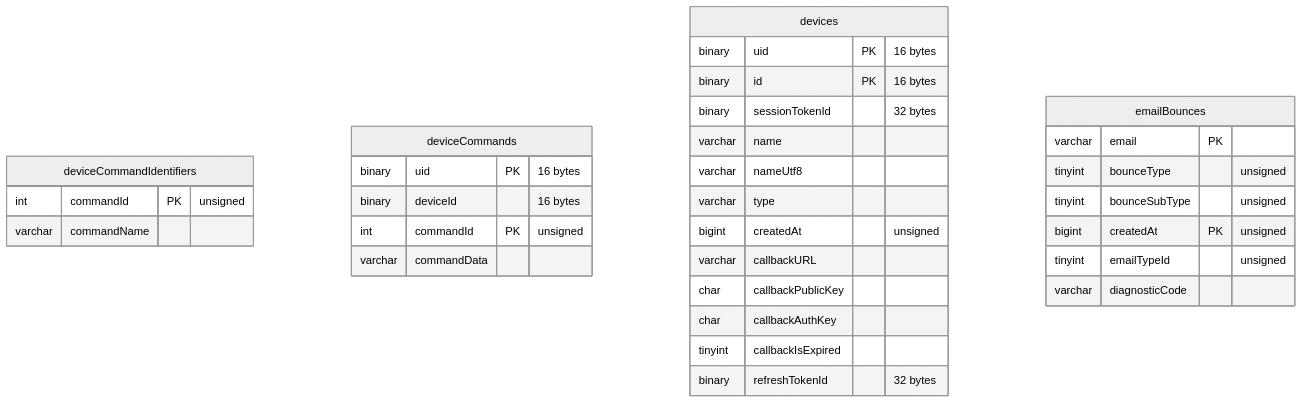
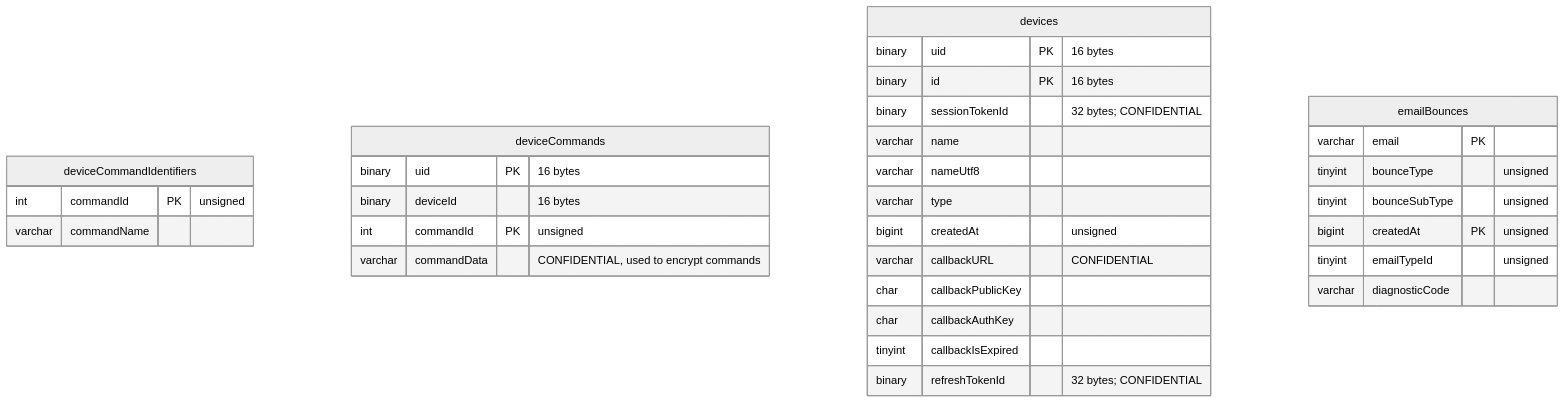
The second of 10 diagrams in docs/reference/database-structure.md (mozilla/ecosystem-platform), drawn with Mermaid (neutral theme) before and after one commit. The commit also changed other lines of this file, not shown here.

````diff
--- a/docs/reference/database-structure.md
+++ b/docs/reference/database-structure.md
@@ -66,35 +66,35 @@
 ```mermaid
 erDiagram
     deviceCommandIdentifiers {
         int commandId PK "unsigned"
         varchar commandName
     }
     deviceCommands {
         binary uid PK "16 bytes"
         binary deviceId "16 bytes"
         int commandId PK "unsigned"
-        varchar commandData
+        varchar commandData "CONFIDENTIAL, used to encrypt commands"
     }
     devices {
         binary uid PK "16 bytes"
         binary id PK "16 bytes"
-        binary sessionTokenId "32 bytes"
+        binary sessionTokenId "32 bytes; CONFIDENTIAL"
         varchar name
         varchar nameUtf8
         varchar type
         bigint createdAt "unsigned"
-        varchar callbackURL
+        varchar callbackURL "CONFIDENTIAL"
         char callbackPublicKey
         char callbackAuthKey
         tinyint callbackIsExpired
-        binary refreshTokenId "32 bytes"
+        binary refreshTokenId "32 bytes; CONFIDENTIAL"
     }
     emailBounces {
         varchar email PK
         tinyint bounceType "unsigned"
         tinyint bounceSubType "unsigned"
         bigint createdAt PK "unsigned"
         tinyint emailTypeId "unsigned"
         varchar diagnosticCode
     }
 ```
````
